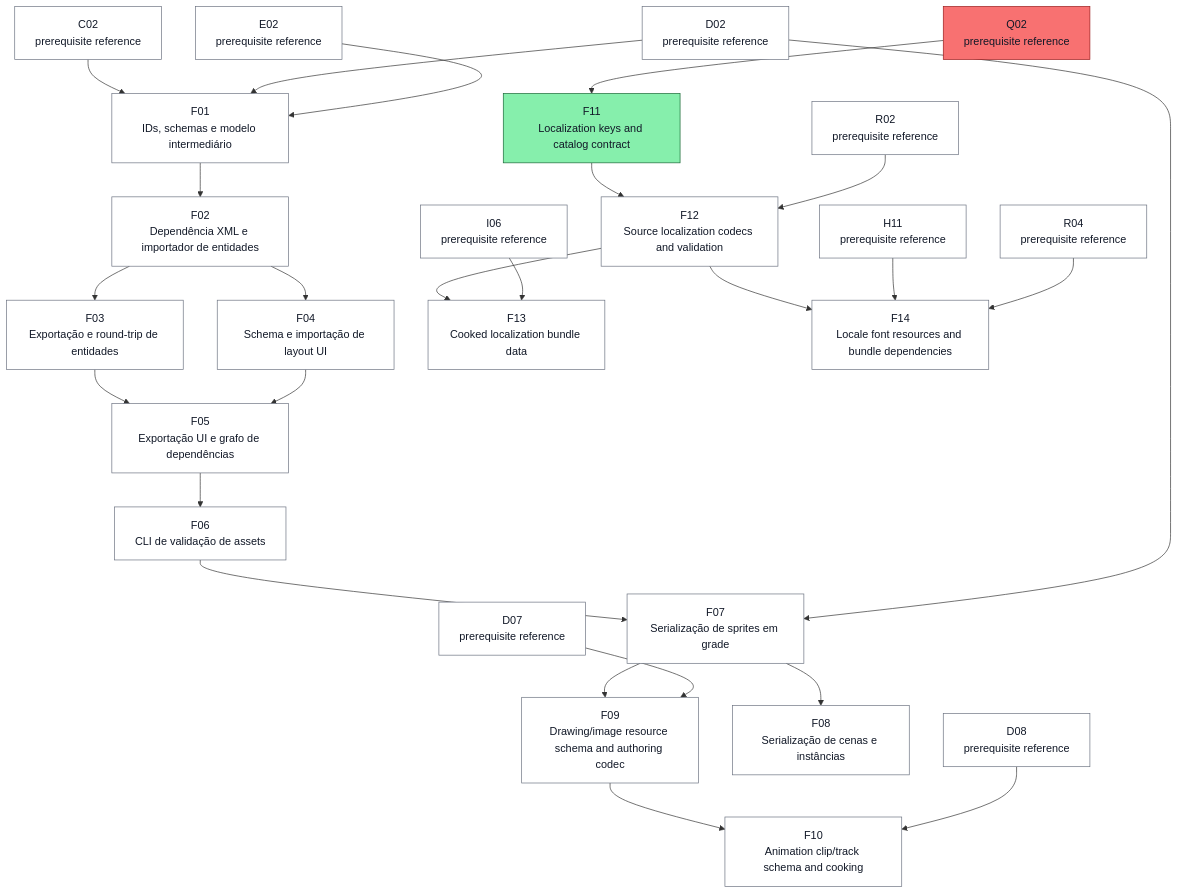
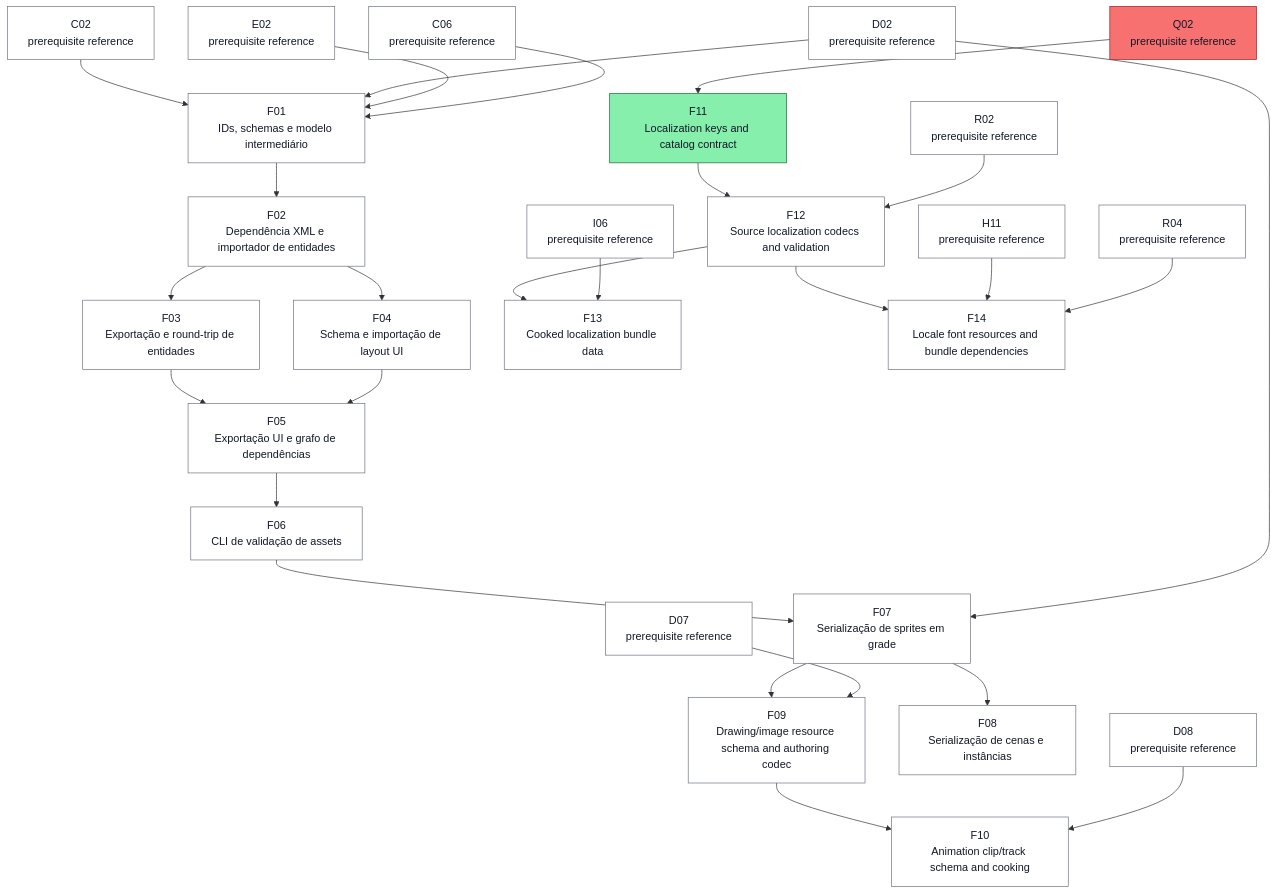
Before and after one commit to ocarizr/spaceraiders: the seventh of 28 diagrams in docs/task-dependencies.md, drawn with Mermaid. The commit also changed other lines of this file and 9 other files, not shown here.

````diff
--- a/docs/task-dependencies.md
+++ b/docs/task-dependencies.md
@@ -308,54 +322,56 @@
 ```mermaid
 flowchart TD
     ref_F_C02["C02<br/>prerequisite reference"]:::pending
+    ref_F_C06["C06<br/>prerequisite reference"]:::pending
     ref_F_D02["D02<br/>prerequisite reference"]:::pending
     ref_F_D07["D07<br/>prerequisite reference"]:::pending
     ref_F_D08["D08<br/>prerequisite reference"]:::pending
     ref_F_E02["E02<br/>prerequisite reference"]:::pending
     ref_F_H11["H11<br/>prerequisite reference"]:::pending
     ref_F_I06["I06<br/>prerequisite reference"]:::pending
     ref_F_Q02["Q02<br/>prerequisite reference"]:::done
     ref_F_R02["R02<br/>prerequisite reference"]:::pending
     ref_F_R04["R04<br/>prerequisite reference"]:::pending
     F01["F01<br/>IDs, schemas e modelo intermediário"]:::pending
     F02["F02<br/>Dependência XML e importador de entidades"]:::pending
     F03["F03<br/>Exportação e round-trip de entidades"]:::pending
     F04["F04<br/>Schema e importação de layout UI"]:::pending
     F05["F05<br/>Exportação UI e grafo de dependências"]:::pending
     F06["F06<br/>CLI de validação de assets"]:::pending
     F07["F07<br/>Serialização de sprites em grade"]:::pending
     F08["F08<br/>Serialização de cenas e instâncias"]:::pending
     F09["F09<br/>Drawing/image resource schema and authoring codec"]:::pending
     F10["F10<br/>Animation clip/track schema and cooking"]:::pending
     F11["F11<br/>Localization keys and catalog contract"]:::ready
     F12["F12<br/>Source localization codecs and validation"]:::pending
     F13["F13<br/>Cooked localization bundle data"]:::pending
     F14["F14<br/>Locale font resources and bundle dependencies"]:::pending
     ref_F_C02 --> F01
     ref_F_D02 --> F01
     ref_F_E02 --> F01
+    ref_F_C06 --> F01
     F01 --> F02
     F02 --> F03
     F02 --> F04
     F03 --> F05
     F04 --> F05
     F05 --> F06
     F06 --> F07
     ref_F_D02 --> F07
     F07 --> F08
     F07 --> F09
     ref_F_D07 --> F09
     F09 --> F10
     ref_F_D08 --> F10
     ref_F_Q02 --> F11
     F11 --> F12
     ref_F_R02 --> F12
     F12 --> F13
     ref_F_I06 --> F13
     F12 --> F14
     ref_F_H11 --> F14
     ref_F_R04 --> F14
     classDef pending fill:#ffffff,stroke:#6b7280,color:#111827
     classDef ready fill:#86efac,stroke:#166534,color:#111827
     classDef done fill:#f87171,stroke:#991b1b,color:#111827
 ```
````
